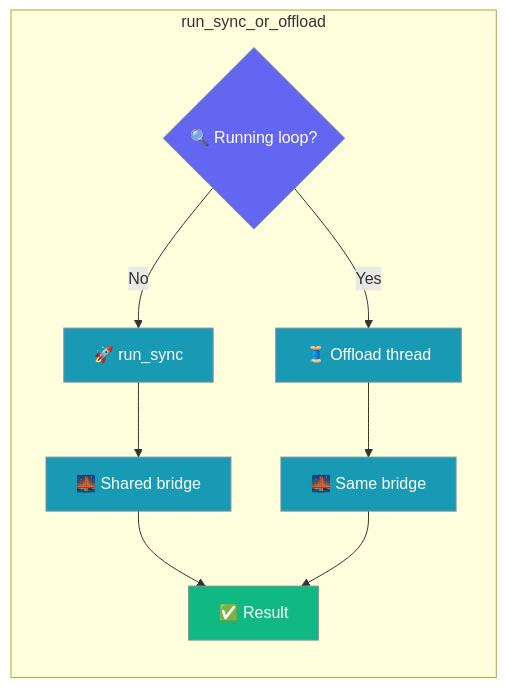
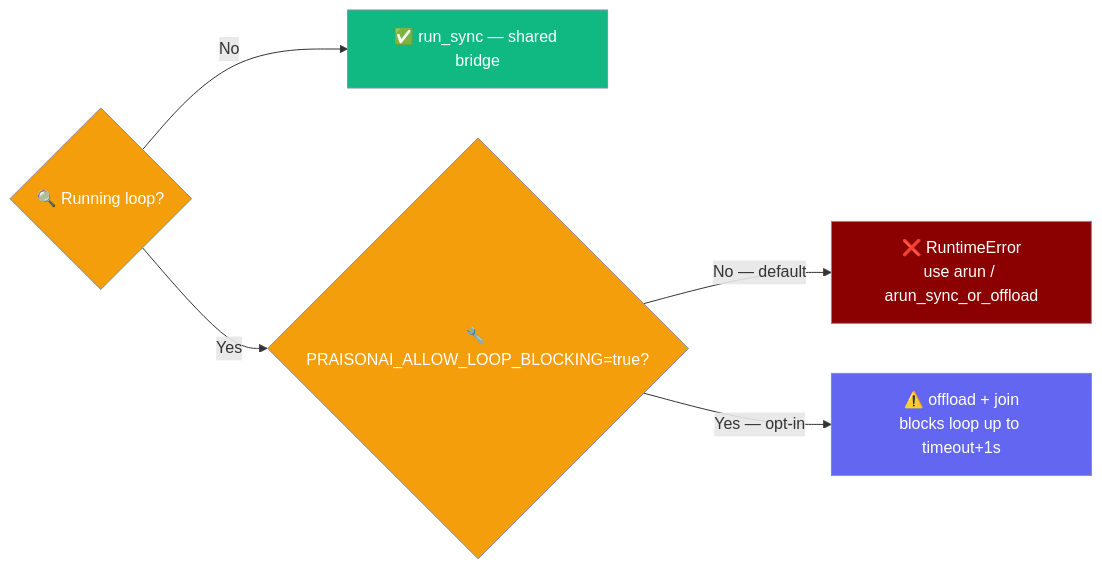
One commit to MervinPraison/PraisonAIDocs changed the fourth of 6 diagrams in docs/features/async-bridge.mdx. Above: the diagram before and after it, drawn with Mermaid. The commit also changed other lines of this file and 4 other files, not shown here.

First line of the commit message:
docs: reflect PraisonAI PR #4261 — strict run_sync_or_offload, lazy api/call.py, PRAISONAI_SHIM_LAZY (fixes #3243)

````diff
--- a/docs/features/async-bridge.mdx
+++ b/docs/features/async-bridge.mdx
@@ -452,19 +452,17 @@
 ```mermaid
 graph LR
-    subgraph "run_sync_or_offload"
-        A{🔍 Running loop?} -->|No| B[🚀 run_sync]
-        B --> C[🌉 Shared bridge]
-        A -->|Yes| D[🧵 Offload thread]
-        D --> E[🌉 Same bridge]
-        C --> F[✅ Result]
-        E --> F
-    end
+    A{🔍 Running loop?} -->|No| B[✅ run_sync — shared bridge]
+    A -->|Yes| C{🔧 PRAISONAI_ALLOW_LOOP_BLOCKING=true?}
+    C -->|No — default| D[❌ RuntimeError<br/>use arun / arun_sync_or_offload]
+    C -->|Yes — opt-in| E[⚠️ offload + join<br/>blocks loop up to timeout+1s]
 
-    classDef decision fill:#6366F1,stroke:#7C90A0,color:#fff
-    classDef process fill:#189AB4,stroke:#7C90A0,color:#fff
-    classDef result fill:#10B981,stroke:#7C90A0,color:#fff
+    classDef decision fill:#F59E0B,stroke:#7C90A0,color:#fff
+    classDef ok fill:#10B981,stroke:#7C90A0,color:#fff
+    classDef error fill:#8B0000,stroke:#7C90A0,color:#fff
+    classDef warn fill:#6366F1,stroke:#7C90A0,color:#fff
 
-    class A decision
-    class B,C,D,E process
-    class F result
+    class A,C decision
+    class B ok
+    class D error
+    class E warn
 ```
````
